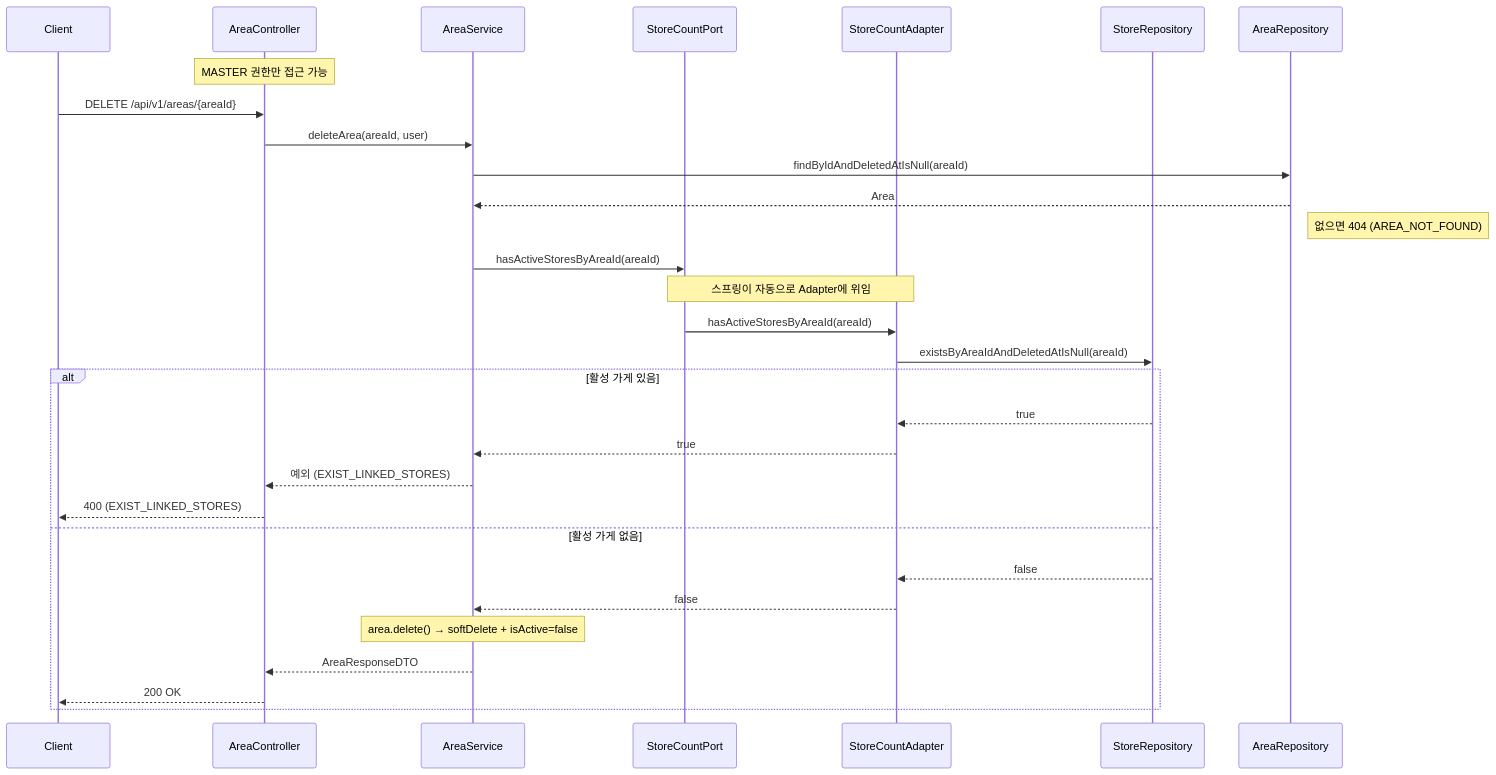
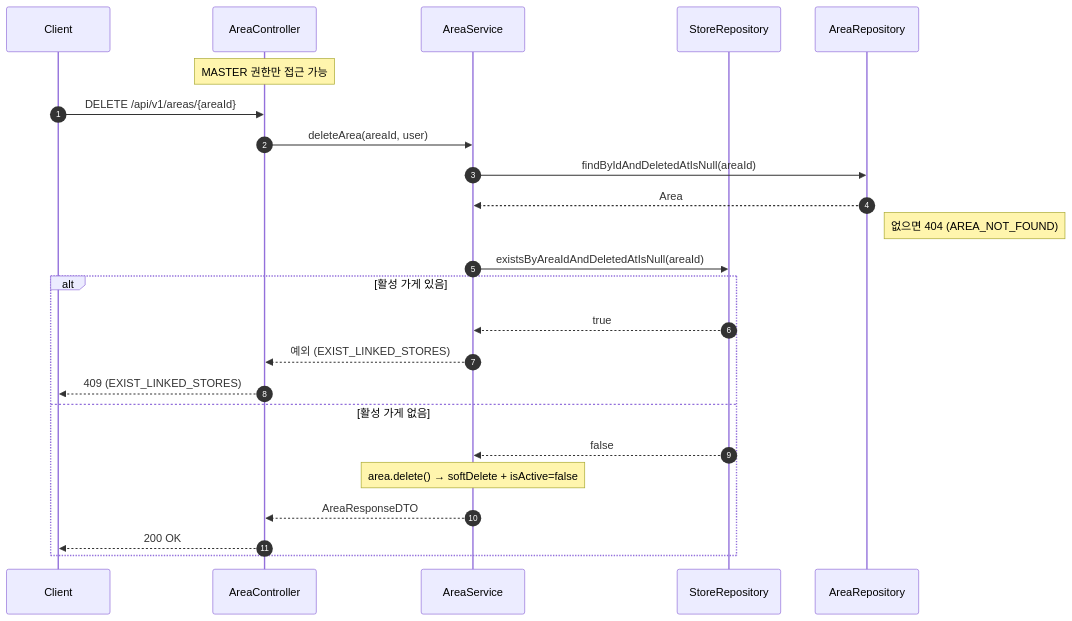
Before and after one commit to wlsdlf2/delivery-order-platform: the diagram in docs/sequence/area-delete.md, drawn with Mermaid. The commit also changed other lines of this file and 4 other files, not shown here.

Commit message:
fix : deleteArea, updateArea(isActive 변경) 수정 완료. 컨트롤러 DeleteMapping 변경. ErrorCode 추가.

````diff
--- a/docs/sequence/area-delete.md
+++ b/docs/sequence/area-delete.md
@@ -7,42 +12,31 @@
 ```mermaid
 sequenceDiagram
+    autonumber
     participant Client
     participant AreaController
     participant AreaService
-    participant StoreCountPort
-    participant StoreCountAdapter
     participant StoreRepository
     participant AreaRepository
 
     Note over AreaController: MASTER 권한만 접근 가능
 
     Client->>AreaController: DELETE /api/v1/areas/{areaId}
-
     AreaController->>AreaService: deleteArea(areaId, user)
 
-    %% AreaService->>AreaRepository: findByIdAndDeletedAtIsNull(areaId)
-    %% AreaRepository-->>AreaService: Area (없으면 404)
+    AreaService->>AreaRepository: findByIdAndDeletedAtIsNull(areaId)
+    AreaRepository-->>AreaService: Area
+    Note right of AreaRepository: 없으면 404 (AREA_NOT_FOUND)
 
-AreaService->>AreaRepository: findByIdAndDeletedAtIsNull(areaId)
-AreaRepository-->>AreaService: Area
-Note right of AreaRepository: 없으면 404 (AREA_NOT_FOUND)
-
-    AreaService->>StoreCountPort: hasActiveStoresByAreaId(areaId)
-    Note over StoreCountPort,StoreCountAdapter: 스프링이 자동으로 Adapter에 위임
-    StoreCountPort->>StoreCountAdapter: hasActiveStoresByAreaId(areaId)
-    StoreCountAdapter->>StoreRepository: existsByAreaIdAndDeletedAtIsNull(areaId)
+    AreaService->>StoreRepository: existsByAreaIdAndDeletedAtIsNull(areaId)
 
     alt 활성 가게 있음
-        StoreRepository-->>StoreCountAdapter: true
-        StoreCountAdapter-->>AreaService: true
+        StoreRepository-->>AreaService: true
         AreaService-->>AreaController: 예외 (EXIST_LINKED_STORES)
-        AreaController-->>Client: 400 (EXIST_LINKED_STORES)
+        AreaController-->>Client: 409 (EXIST_LINKED_STORES)
     else 활성 가게 없음
-        StoreRepository-->>StoreCountAdapter: false
-        StoreCountAdapter-->>AreaService: false
+        StoreRepository-->>AreaService: false
         Note over AreaService: area.delete() → softDelete + isActive=false
         AreaService-->>AreaController: AreaResponseDTO
         AreaController-->>Client: 200 OK
-
     end
 ```
````
